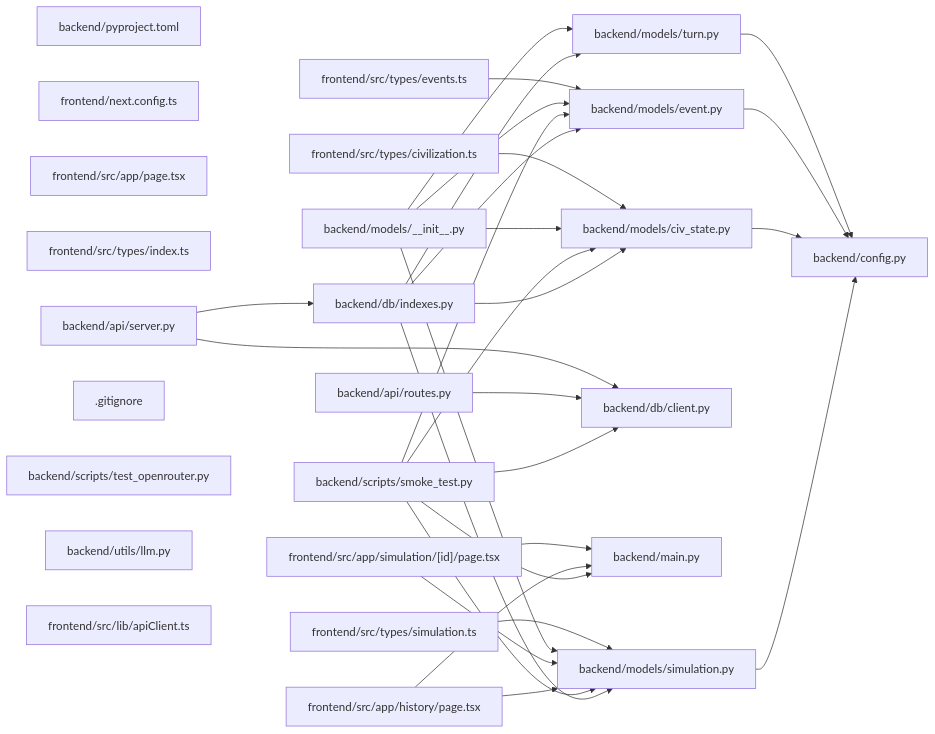
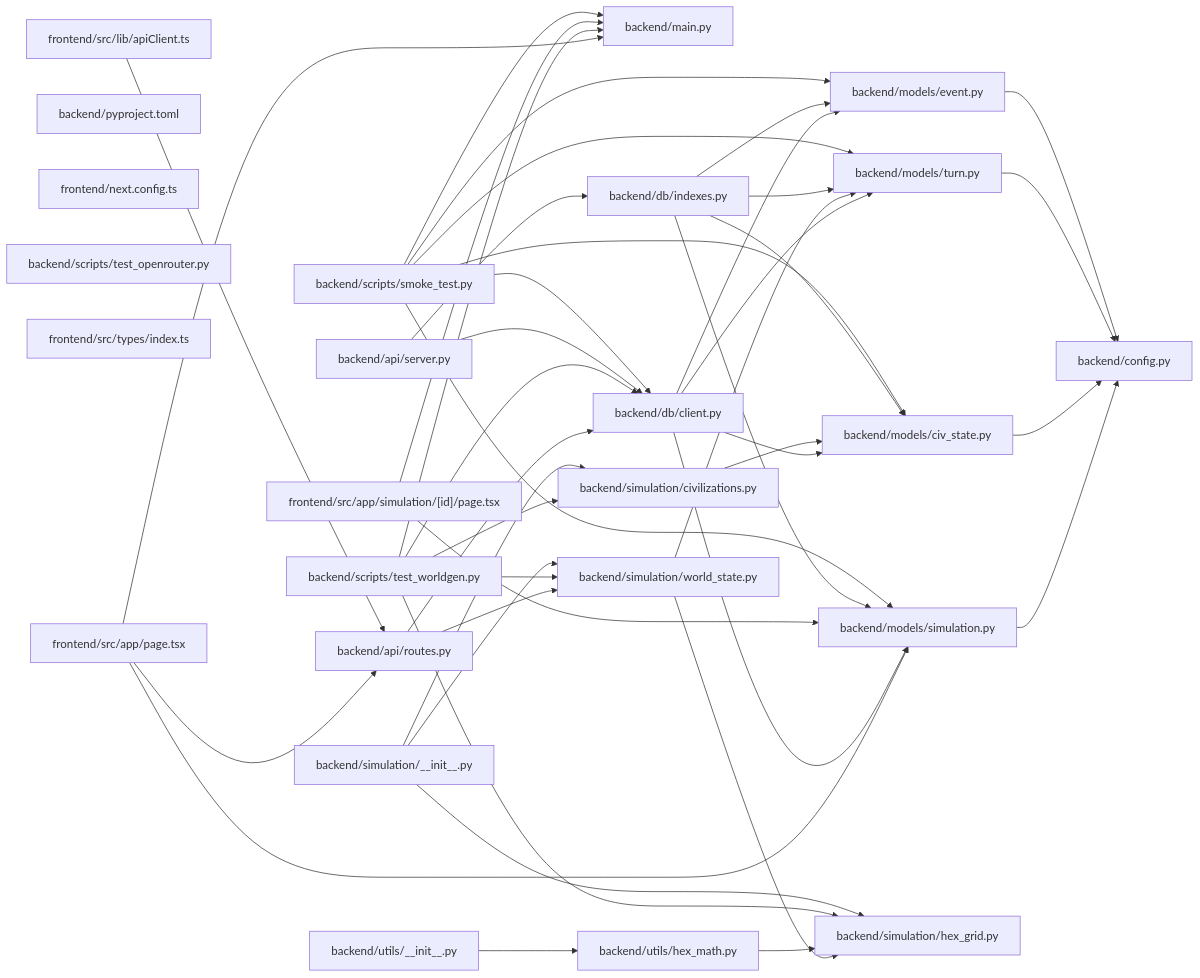
Before and after one commit to madhavv-xd/civilex: the diagram in CONTEXT.md, drawn with Mermaid. The commit also changed other lines of this file and 4 other files, not shown here.

````diff
--- a/CONTEXT.md
+++ b/CONTEXT.md
@@ -253,55 +421,69 @@
 ```mermaid
 graph LR
     f0["backend/models/simulation.py"]
     f1["backend/models/civ_state.py"]
-    f2["backend/models/event.py"]
-    f3["backend/config.py"]
-    f4["backend/db/client.py"]
-    f5["backend/main.py"]
-    f6["backend/pyproject.toml"]
-    f7["frontend/next.config.ts"]
-    f8["frontend/src/app/page.tsx"]
-    f9["backend/models/turn.py"]
-    f10["frontend/src/types/index.ts"]
-    f11["backend/db/indexes.py"]
-    f12["backend/scripts/smoke_test.py"]
-    f13["frontend/src/app/history/page.tsx"]
-    f14["frontend/src/app/simulation/[id]/page.tsx"]
-    f15["backend/api/routes.py"]
-    f16["backend/api/server.py"]
-    f17["backend/models/__init__.py"]
-    f18["frontend/src/types/civilization.ts"]
-    f19["frontend/src/types/events.ts"]
-    f20["frontend/src/types/simulation.ts"]
-    f21[".gitignore"]
-    f22["backend/scripts/test_openrouter.py"]
-    f23["backend/utils/llm.py"]
-    f24["frontend/src/lib/apiClient.ts"]
-    f0 --> f3
-    f1 --> f3
-    f2 --> f3
+    f2["backend/api/routes.py"]
+    f3["backend/models/turn.py"]
+    f4["backend/main.py"]
+    f5["backend/models/event.py"]
+    f6["frontend/src/app/page.tsx"]
+    f7["backend/simulation/hex_grid.py"]
+    f8["backend/config.py"]
+    f9["backend/db/client.py"]
+    f10["backend/simulation/world_state.py"]
+    f11["backend/pyproject.toml"]
+    f12["frontend/next.config.ts"]
+    f13["backend/simulation/civilizations.py"]
+    f14["backend/utils/hex_math.py"]
+    f15["backend/scripts/test_openrouter.py"]
+    f16["backend/scripts/test_worldgen.py"]
+    f17["frontend/src/types/index.ts"]
+    f18["frontend/src/app/simulation/[id]/page.tsx"]
+    f19["backend/simulation/__init__.py"]
+    f20["backend/utils/__init__.py"]
+    f21["backend/api/server.py"]
+    f22["backend/db/indexes.py"]
+    f23["frontend/src/lib/apiClient.ts"]
+    f24["backend/scripts/smoke_test.py"]
+    f0 --> f8
+    f1 --> f8
+    f2 --> f9
+    f2 --> f10
+    f3 --> f8
+    f5 --> f8
+    f6 --> f4
+    f6 --> f2
+    f6 --> f0
     f9 --> f3
-    f11 --> f9
-    f11 --> f0
-    f11 --> f2
-    f11 --> f1
-    f12 --> f5
-    f12 --> f4
-    f12 --> f0
-    f12 --> f2
-    f12 --> f1
-    f13 --> f5
-    f13 --> f0
-    f14 --> f5
-    f14 --> f0
-    f15 --> f4
-    f16 --> f11
+    f9 --> f0
+    f9 --> f5
+    f9 --> f1
+    f10 --> f7
+    f10 --> f3
+    f13 --> f1
+    f14 --> f7
     f16 --> f4
-    f17 --> f0
-    f17 --> f2
-    f17 --> f1
-    f17 --> f9
-    f18 --> f1
-    f19 --> f2
-    f20 --> f0
+    f16 --> f10
+    f16 --> f9
+    f16 --> f13
+    f16 --> f7
+    f18 --> f4
+    f18 --> f0
+    f19 --> f10
+    f19 --> f13
+    f19 --> f7
+    f20 --> f14
+    f21 --> f22
+    f21 --> f9
+    f22 --> f3
+    f22 --> f0
+    f22 --> f5
+    f22 --> f1
+    f23 --> f2
+    f24 --> f4
+    f24 --> f9
+    f24 --> f3
+    f24 --> f0
+    f24 --> f5
+    f24 --> f1
 ```
````
